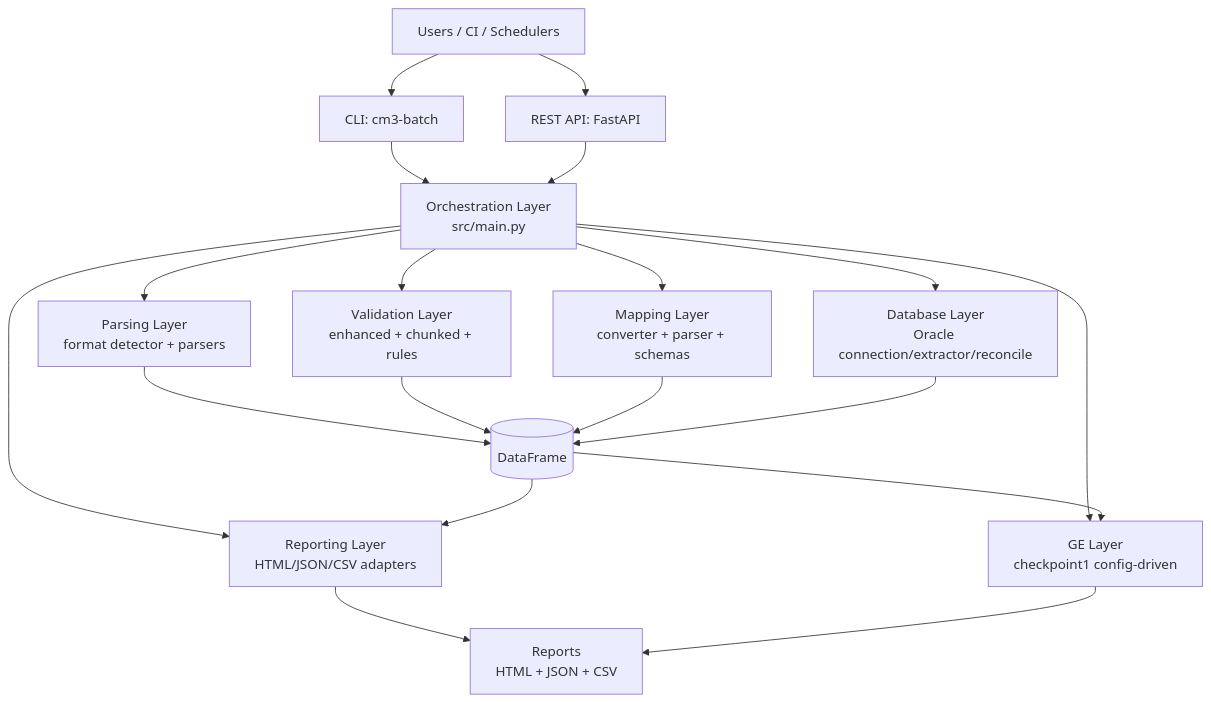
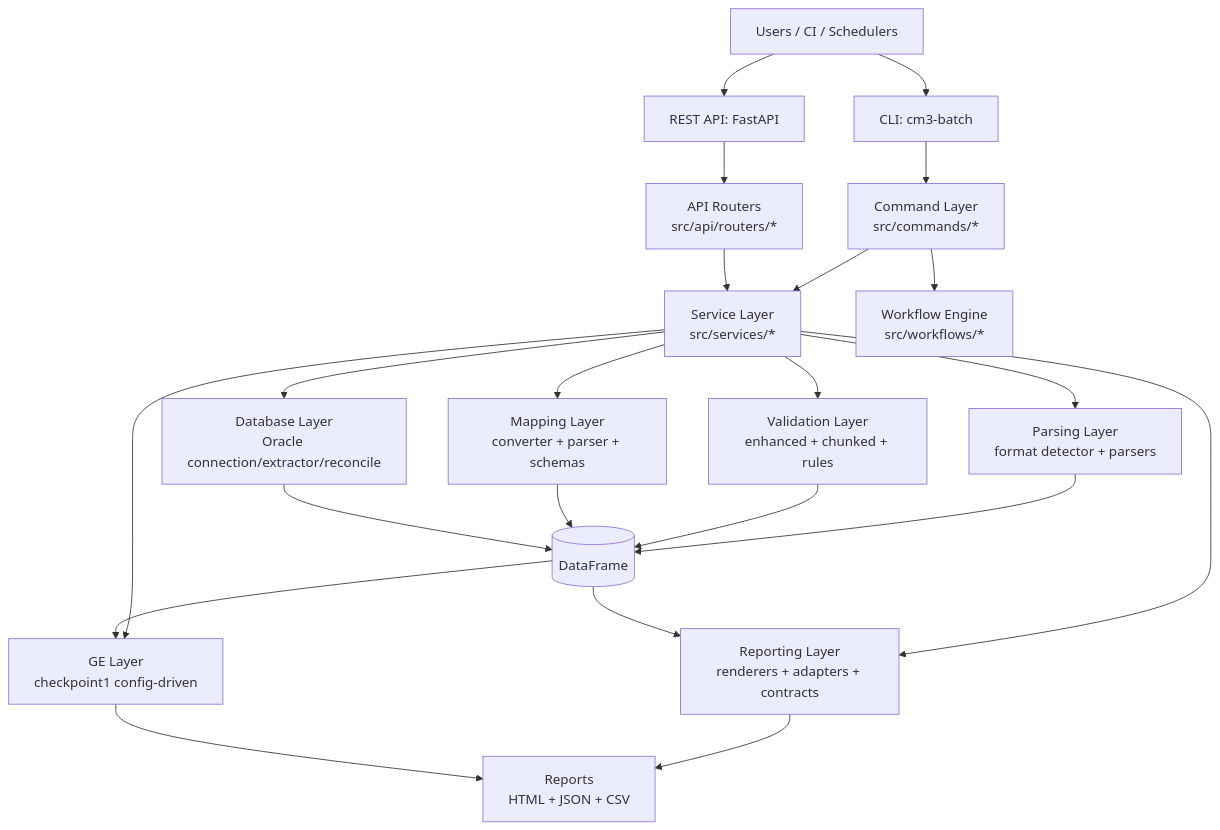
Before and after one commit to pkanduri1/cm3-batch-automations: the first of 2 diagrams in docs/architecture.md, drawn with Mermaid. The commit also changed other lines of this file and 55 other files, not shown here.

First line of the commit message:
Complete architecture review delivery (P0/P1/P2) + validation fixes (#14)

````diff
--- a/docs/architecture.md
+++ b/docs/architecture.md
@@ -5,25 +5,30 @@
 ```mermaid
 flowchart TD
     U[Users / CI / Schedulers] --> C[CLI: cm3-batch]
     U --> A[REST API: FastAPI]
 
-    C --> O[Orchestration Layer\nsrc/main.py]
-    A --> O
+    C --> CMDS[Command Layer\nsrc/commands/*]
+    A --> API[API Routers\nsrc/api/routers/*]
 
-    O --> P[Parsing Layer\nformat detector + parsers]
-    O --> V[Validation Layer\nenhanced + chunked + rules]
-    O --> M[Mapping Layer\nconverter + parser + schemas]
-    O --> D[Database Layer\nOracle connection/extractor/reconcile]
-    O --> R[Reporting Layer\nHTML/JSON/CSV adapters]
-    O --> G[GE Layer\ncheckpoint1 config-driven]
+    CMDS --> SVCS[Service Layer\nsrc/services/*]
+    API --> SVCS
+
+    CMDS --> WF[Workflow Engine\nsrc/workflows/*]
+
+    SVCS --> P[Parsing Layer\nformat detector + parsers]
+    SVCS --> V[Validation Layer\nenhanced + chunked + rules]
+    SVCS --> M[Mapping Layer\nconverter + parser + schemas]
+    SVCS --> D[Database Layer\nOracle connection/extractor/reconcile]
+    SVCS --> R[Reporting Layer\nrenderers + adapters + contracts]
+    SVCS --> G[GE Layer\ncheckpoint1 config-driven]
 
     P --> DF[(DataFrame)]
     V --> DF
     M --> DF
     D --> DF
     DF --> R
     DF --> G
 
     R --> OUT[Reports\nHTML + JSON + CSV]
     G --> OUT
 ```
````
